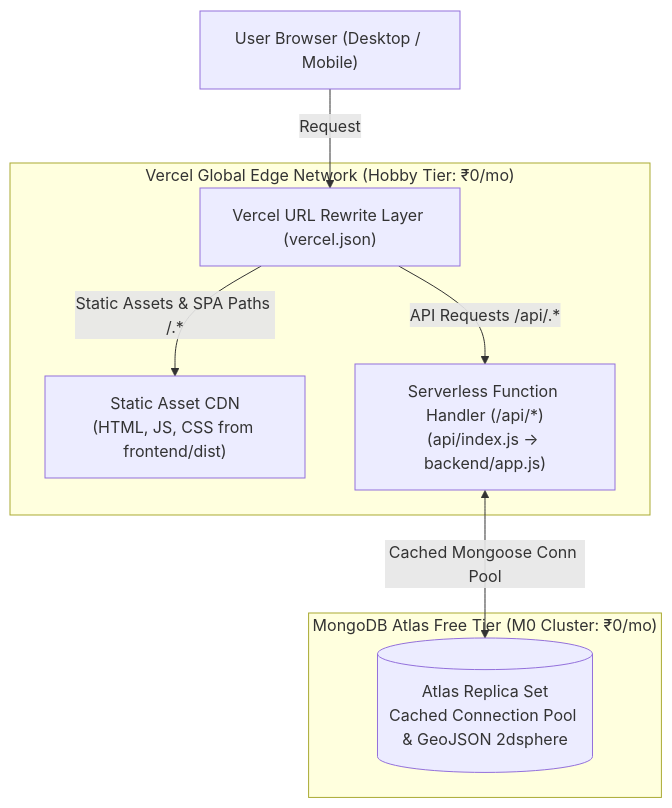
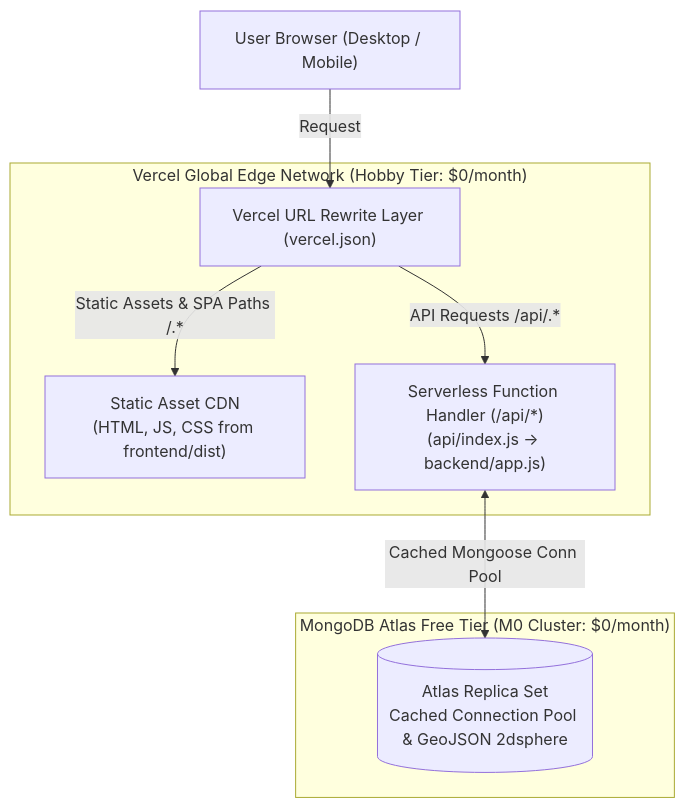
One commit to Krishna200608/ParkingFinder changed the diagram in docs/DEPLOYMENT.md. Above: the diagram before and after it, drawn with Mermaid. The commit also changed other lines of this file and 7 other files, not shown here.

````diff
--- a/docs/DEPLOYMENT.md
+++ b/docs/DEPLOYMENT.md
@@ -7,19 +7,19 @@
 ```mermaid
 flowchart TD
     Browser["User Browser (Desktop / Mobile)"]
 
-    subgraph Vercel ["Vercel Global Edge Network (Hobby Tier: ₹0/mo)"]
+    subgraph Vercel ["Vercel Global Edge Network (Hobby Tier: $0/month)"]
         CDN["Static Asset CDN\n(HTML, JS, CSS from frontend/dist)"]
         Router["Vercel URL Rewrite Layer (vercel.json)"]
         Serverless["Serverless Function Handler (/api/*)\n(api/index.js -> backend/app.js)"]
     end
 
-    subgraph Atlas ["MongoDB Atlas Free Tier (M0 Cluster: ₹0/mo)"]
+    subgraph Atlas ["MongoDB Atlas Free Tier (M0 Cluster: $0/month)"]
         MongoDB[("Atlas Replica Set\nCached Connection Pool & GeoJSON 2dsphere")]
     end
 
     Browser -->|Request| Router
     Router -->|Static Assets & SPA Paths /.*| CDN
     Router -->|API Requests /api/.*| Serverless
     Serverless <-->|Cached Mongoose Conn Pool| MongoDB
 ```
````
